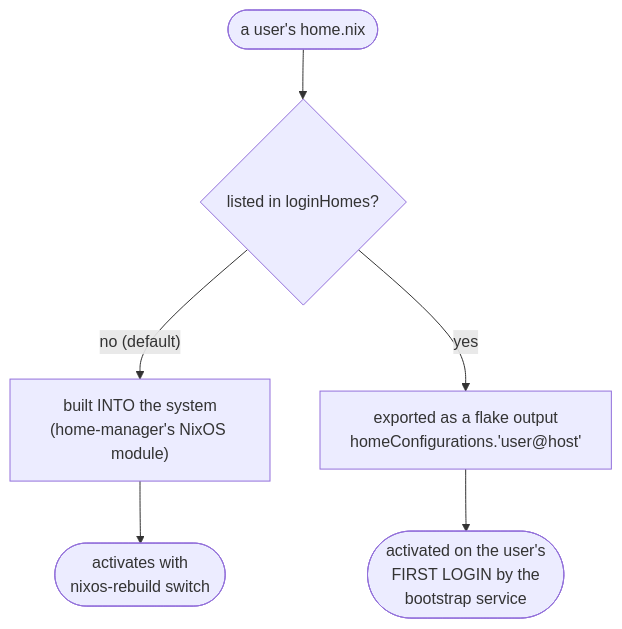
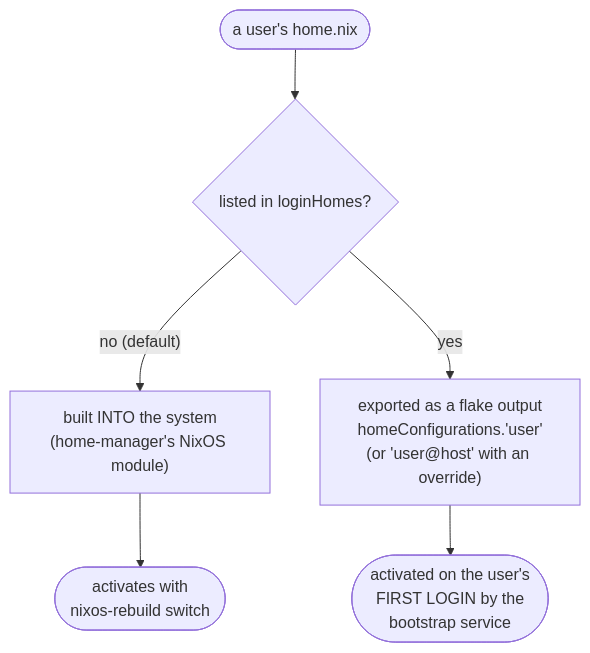
The third of 3 diagrams in docs/getting-started.md (dvaerum/nixpkgs-lib-extensions), drawn with Mermaid before and after one commit. The commit also changed other lines of this file and 42 other files, not shown here.

````diff
--- a/docs/getting-started.md
+++ b/docs/getting-started.md
@@ -430,8 +418,8 @@
 ```mermaid
 flowchart TD
     A(["a user's home.nix"]) --> B{"listed in loginHomes?"}
     B -->|"no (default)"| C["built INTO the system<br/>(home-manager's NixOS module)"]
-    B -->|"yes"| D["exported as a flake output<br/>homeConfigurations.'user@host'"]
+    B -->|"yes"| D["exported as a flake output<br/>homeConfigurations.'user'<br/>(or 'user@host' with an override)"]
     C --> E(["activates with<br/>nixos-rebuild switch"])
     D --> F(["activated on the user's<br/>FIRST LOGIN by the<br/>bootstrap service"])
 ```
````
